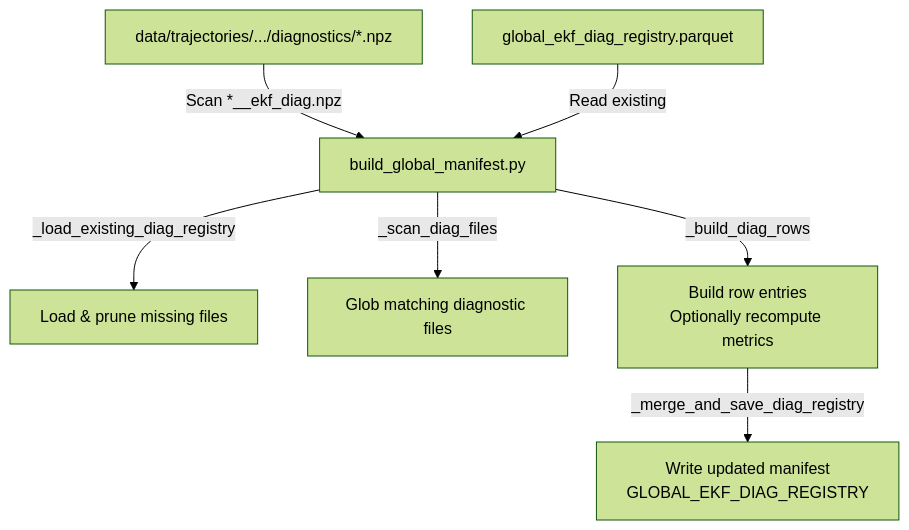
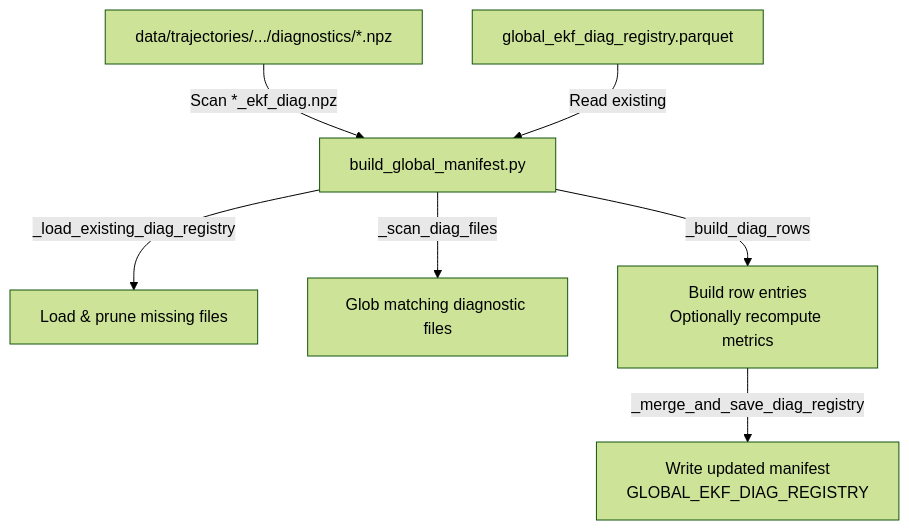
Before and after one commit to Bauzement123/flight-physics-pipeline: the diagram in src/common/README.md, drawn with Mermaid (forest theme). The commit also changed other lines of this file and 16 other files, not shown here.

````diff
--- a/src/common/README.md
+++ b/src/common/README.md
@@ -92,11 +116,11 @@
 ```mermaid
 flowchart TD
-    DiagFiles["data/trajectories/.../diagnostics/*.npz"] -->|Scan *__ekf_diag.npz| BGM["build_global_manifest.py"]
+    DiagFiles["data/trajectories/.../diagnostics/*.npz"] -->|Scan *_ekf_diag.npz| BGM["build_global_manifest.py"]
     ExistingDiag["global_ekf_diag_registry.parquet"] -->|Read existing| BGM
     
     BGM -->|_load_existing_diag_registry| ParseExisting["Load & prune missing files"]
     BGM -->|_scan_diag_files| GlobNPZ["Glob matching diagnostic files"]
     BGM -->|_build_diag_rows| ProcessRows["Build row entries\nOptionally recompute metrics"]
     
     ProcessRows -->|_merge_and_save_diag_registry| WriteParquet["Write updated manifest\nGLOBAL_EKF_DIAG_REGISTRY"]
 ```
````
